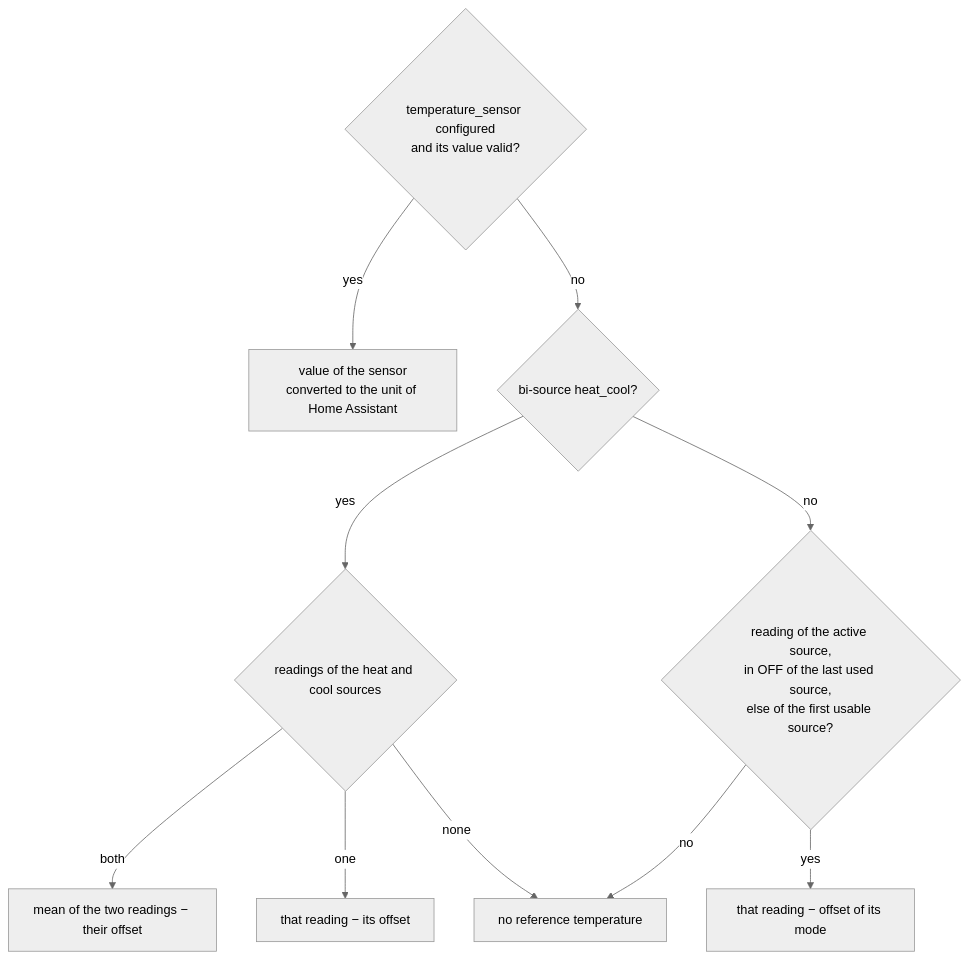
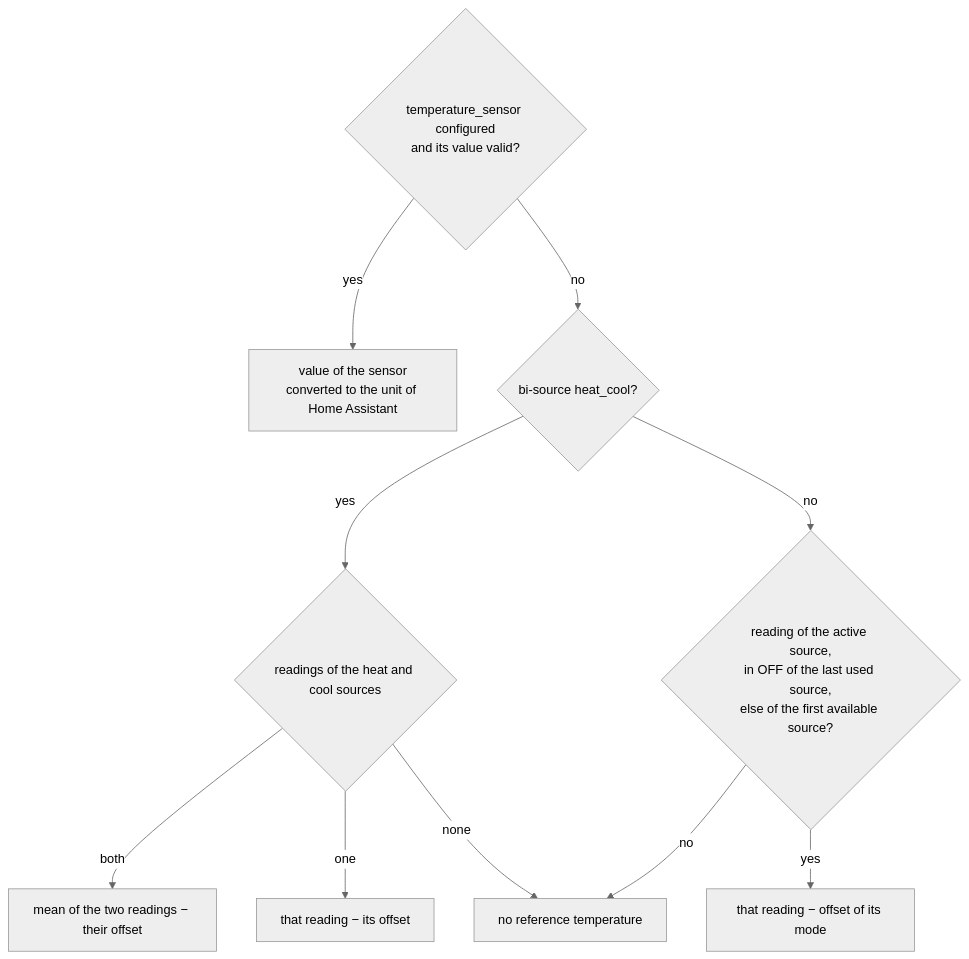
The tenth of 12 diagrams in SPEC.md (marsoupilami25/adaptative-climate), drawn with Mermaid (neutral theme) before and after one commit. The commit also changed other lines of this file, not shown here.

````diff
--- a/SPEC.md
+++ b/SPEC.md
@@ -1636,12 +1707,12 @@
 ```mermaid
 flowchart TD
     S{temperature_sensor configured<br/>and its value valid?} -- yes --> V[value of the sensor<br/>converted to the unit of Home Assistant]
     S -- no --> B{bi-source heat_cool?}
     B -- yes --> BR{readings of the heat and cool sources}
     BR -- both --> M[mean of the two readings − their offset]
     BR -- one --> O[that reading − its offset]
     BR -- none --> N
-    B -- no --> A{reading of the active source,<br/>in OFF of the last used source,<br/>else of the first usable source?}
+    B -- no --> A{reading of the active source,<br/>in OFF of the last used source,<br/>else of the first available source?}
     A -- yes --> R[that reading − offset of its mode]
     A -- no --> N[no reference temperature]
 ```
````
